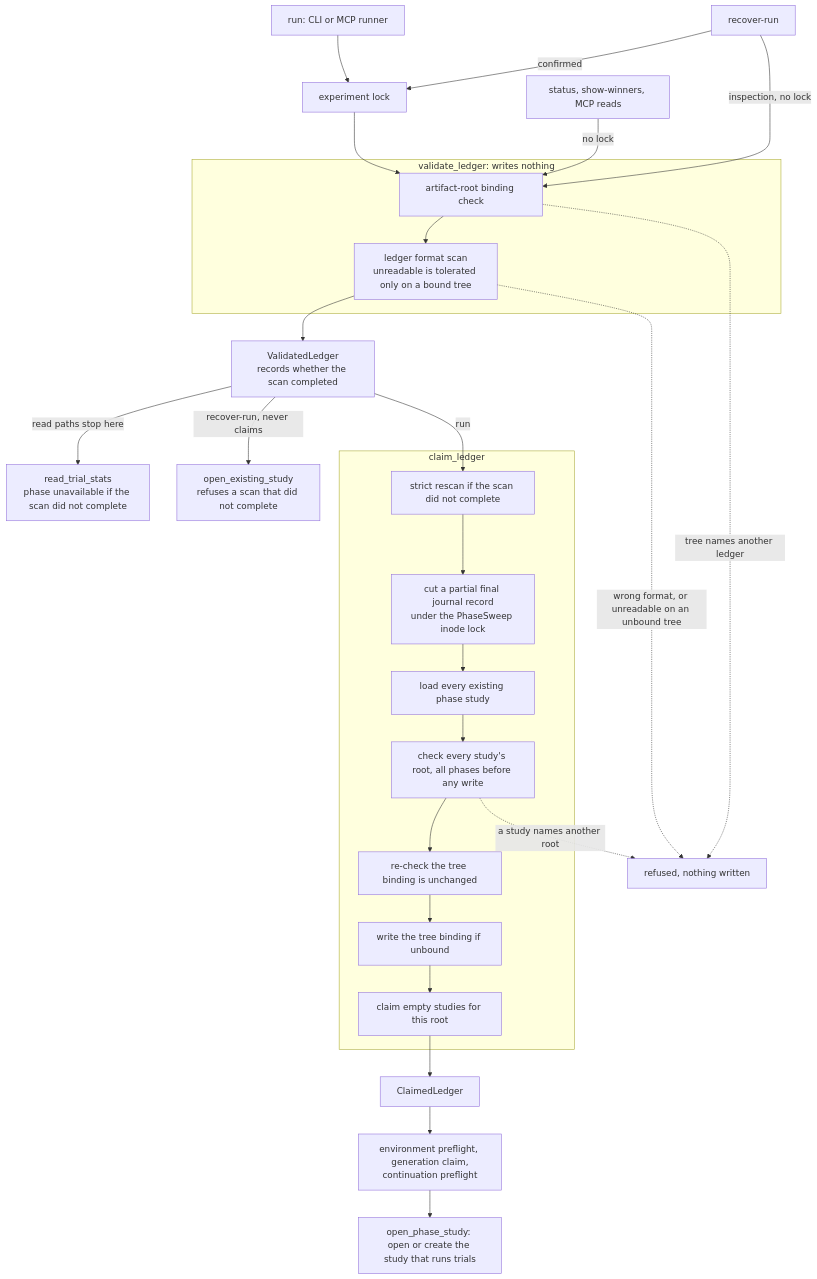
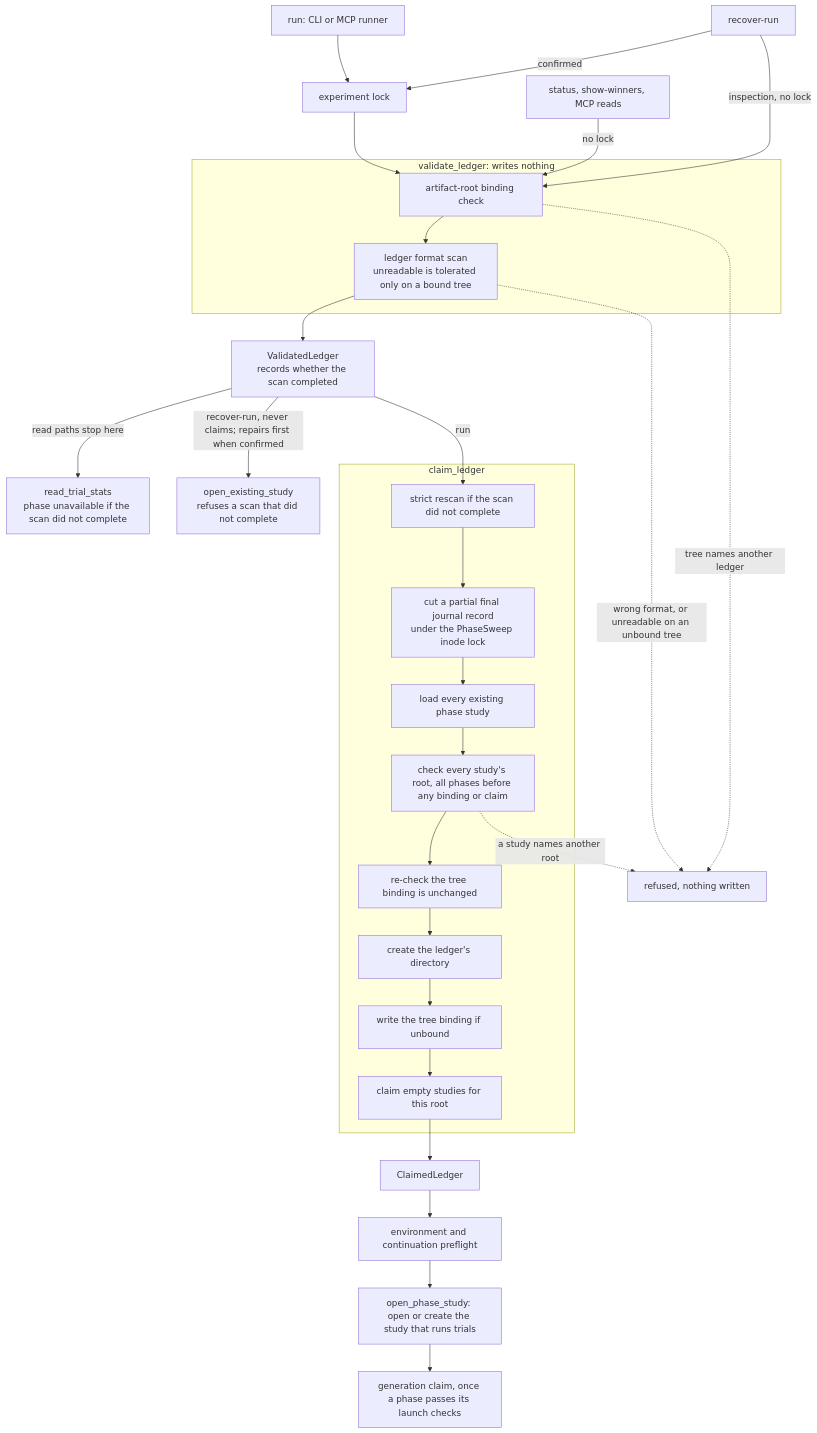
The diagram in docs/invariants.md (pszemraj/phasesweep), drawn with Mermaid before and after one commit. The commit also changed other lines of this file and 200 other files, not shown here.

````diff
--- a/docs/invariants.md
+++ b/docs/invariants.md
@@ -15,29 +15,31 @@
 ```mermaid
 flowchart TD
     run["run: CLI or MCP runner"] --> lock["experiment lock"]
     recover["recover-run"] -->|"confirmed"| lock
     recover -->|"inspection, no lock"| check
     reads["status, show-winners, MCP reads"] -->|"no lock"| check
     lock --> check
     subgraph validate["validate_ledger: writes nothing"]
         check["artifact-root binding check"] --> scan["ledger format scan<br/>unreadable is tolerated only on a bound tree"]
     end
     scan --> handle["ValidatedLedger<br/>records whether the scan completed"]
     handle -->|"read paths stop here"| ro["read_trial_stats<br/>phase unavailable if the scan did not complete"]
-    handle -->|"recover-run, never claims"| existing["open_existing_study<br/>refuses a scan that did not complete"]
+    handle -->|"recover-run, never claims; repairs first when confirmed"| existing["open_existing_study<br/>refuses a scan that did not complete"]
     handle -->|"run"| rescan
     subgraph claim["claim_ledger"]
         rescan["strict rescan if the scan did not complete"] --> repair["cut a partial final journal record<br/>under the PhaseSweep inode lock"]
         repair --> discover["load every existing phase study"]
-        discover --> roots["check every study's root, all phases before any write"]
+        discover --> roots["check every study's root, all phases before any binding or claim"]
         roots --> recheck["re-check the tree binding is unchanged"]
-        recheck --> bind["write the tree binding if unbound"]
+        recheck --> mkdir["create the ledger's directory"]
+        mkdir --> bind["write the tree binding if unbound"]
         bind --> claimst["claim empty studies for this root"]
     end
     claimst --> claimed["ClaimedLedger"]
-    claimed --> pre["environment preflight, generation claim,<br/>continuation preflight"]
+    claimed --> pre["environment and continuation preflight"]
     pre --> open["open_phase_study: open or create the study that runs trials"]
+    open --> gen["generation claim, once a phase passes its launch checks"]
     check -.->|"tree names another ledger"| refused["refused, nothing written"]
     scan -.->|"wrong format, or unreadable on an unbound tree"| refused
     roots -.->|"a study names another root"| refused
 ```
````
